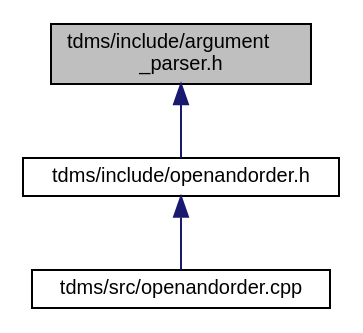
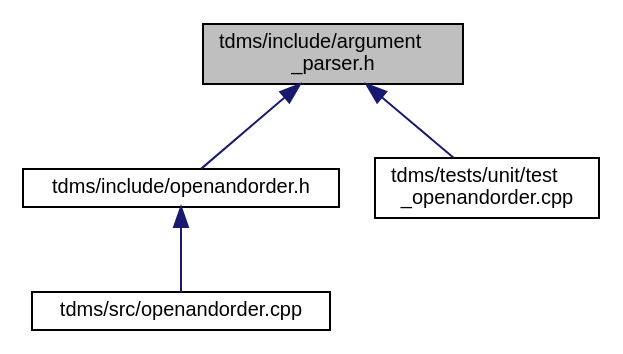
Before and after one commit to UCL/TDMS: the diagram in argument__parser_8h__dep__incl.dot, drawn with Graphviz. The commit also changed 67 other files, not shown here.

```diff
--- a/argument__parser_8h__dep__incl.dot
+++ b/argument__parser_8h__dep__incl.dot
@@ -1,11 +1,13 @@
 digraph "tdms/include/argument_parser.h"
 {
  // LATEX_PDF_SIZE
   edge [fontname="Helvetica",fontsize="10",labelfontname="Helvetica",labelfontsize="10"];
   node [fontname="Helvetica",fontsize="10",shape=record];
   Node1 [label="tdms/include/argument\l_parser.h",height=0.2,width=0.4,color="black", fillcolor="grey75", style="filled", fontcolor="black",tooltip="Parse the command line options."];
   Node1 -> Node2 [dir="back",color="midnightblue",fontsize="10",style="solid",fontname="Helvetica"];
   Node2 [label="tdms/include/openandorder.h",height=0.2,width=0.4,color="black", fillcolor="white", style="filled",URL="$openandorder_8h.html",tooltip="Launch TDMS and file IO."];
   Node2 -> Node3 [dir="back",color="midnightblue",fontsize="10",style="solid",fontname="Helvetica"];
   Node3 [label="tdms/src/openandorder.cpp",height=0.2,width=0.4,color="black", fillcolor="white", style="filled",URL="$openandorder_8cpp.html",tooltip="Launch and file IO."];
+  Node1 -> Node4 [dir="back",color="midnightblue",fontsize="10",style="solid",fontname="Helvetica"];
+  Node4 [label="tdms/tests/unit/test\l_openandorder.cpp",height=0.2,width=0.4,color="black", fillcolor="white", style="filled",URL="$test__openandorder_8cpp.html",tooltip="Tests of the argument parsing and file I/O."];
 }
```
